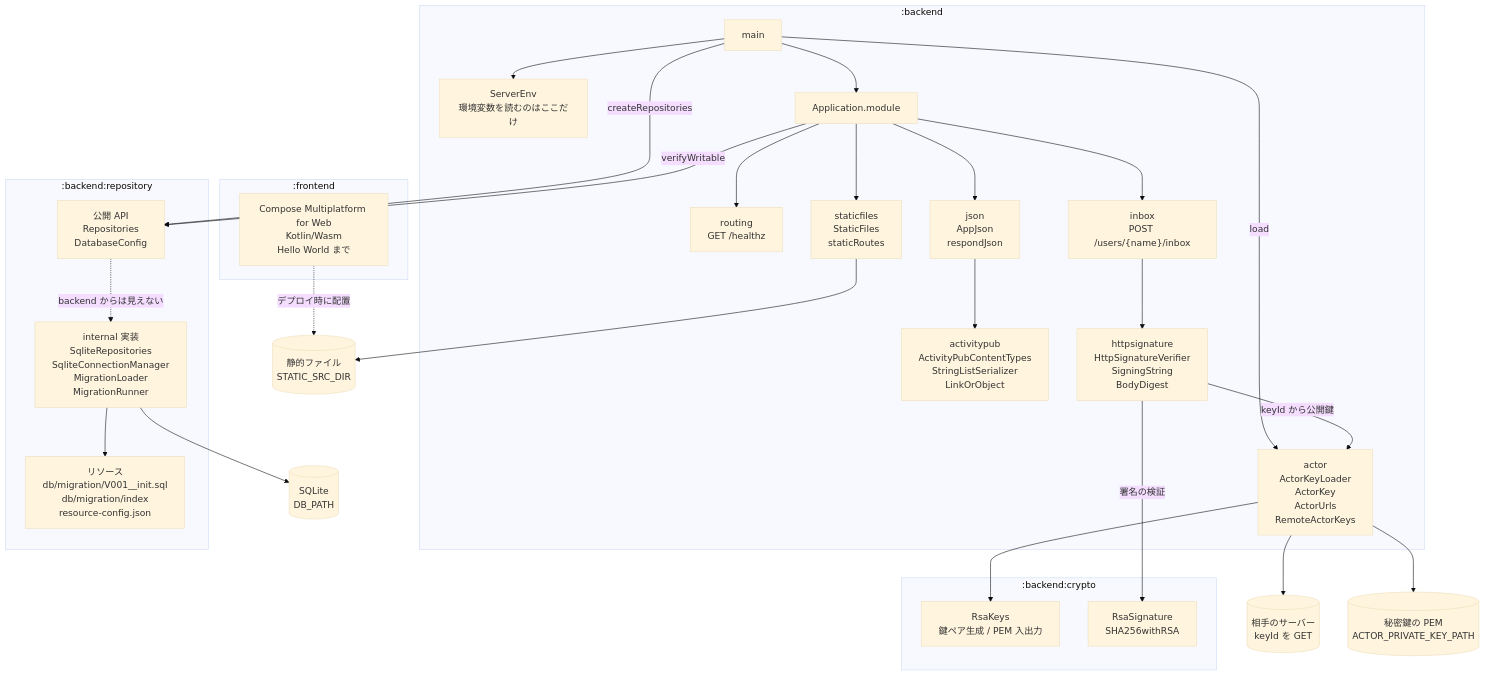
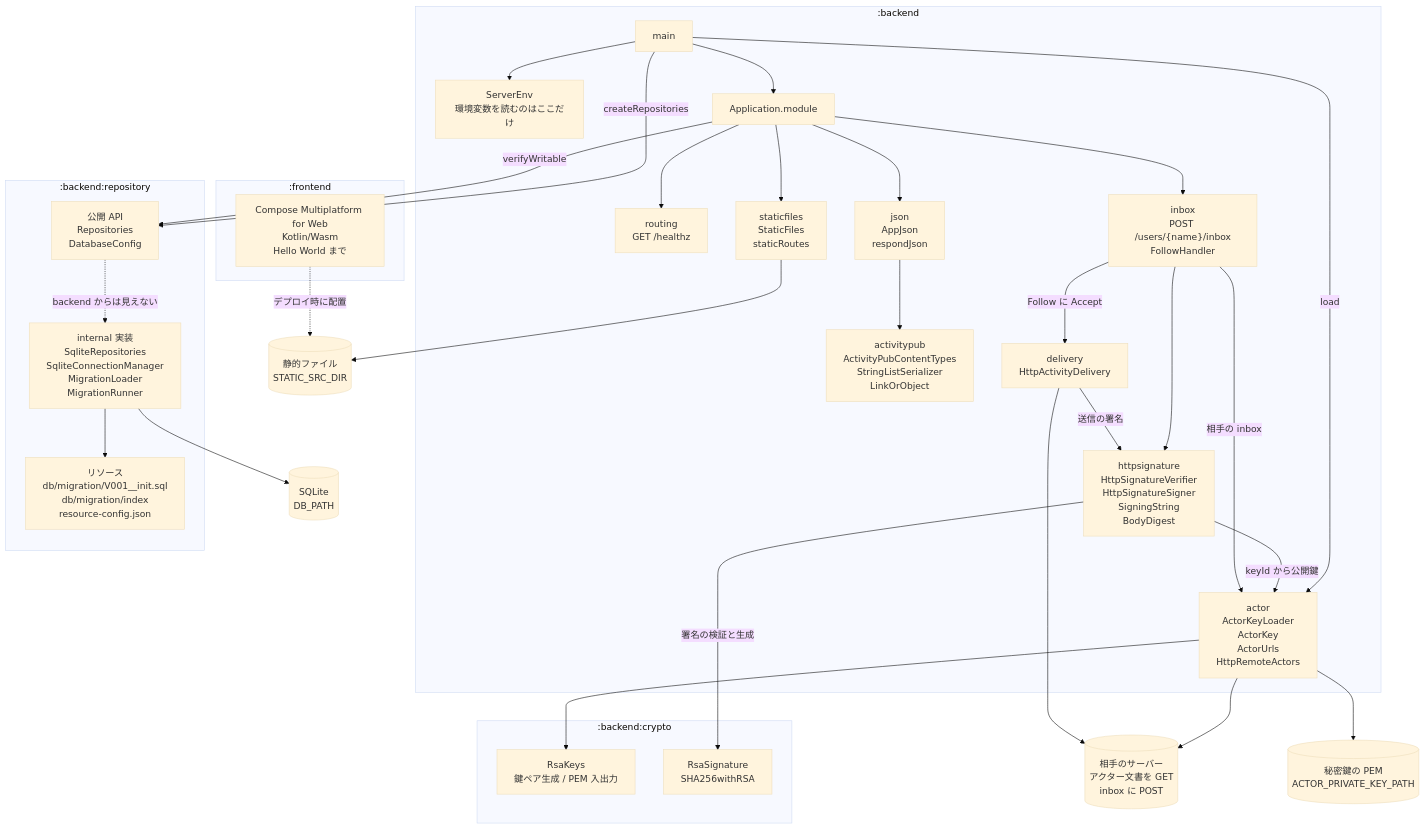
The diagram in README.md (matsudamper/mastodon-rss), drawn with Mermaid (base theme) before and after one commit. The commit also changed other lines of this file and 24 other files, not shown here.

First line of the commit message:
Follow に Accept を返してフォローを成立させる

````diff
--- a/README.md
+++ b/README.md
@@ -14,57 +14,62 @@
 ```mermaid
 flowchart TB
     subgraph backend[":backend"]
         main["main"]
         env["ServerEnv<br/>環境変数を読むのはここだけ"]
         module["Application.module"]
         route["routing<br/>GET /healthz"]
         json["json<br/>AppJson<br/>respondJson"]
         ap["activitypub<br/>ActivityPubContentTypes<br/>StringListSerializer<br/>LinkOrObject"]
-        actor["actor<br/>ActorKeyLoader<br/>ActorKey<br/>ActorUrls<br/>RemoteActorKeys"]
-        inbox["inbox<br/>POST /users/{name}/inbox"]
-        sig["httpsignature<br/>HttpSignatureVerifier<br/>SigningString<br/>BodyDigest"]
+        actor["actor<br/>ActorKeyLoader<br/>ActorKey<br/>ActorUrls<br/>HttpRemoteActors"]
+        inbox["inbox<br/>POST /users/{name}/inbox<br/>FollowHandler"]
+        sig["httpsignature<br/>HttpSignatureVerifier<br/>HttpSignatureSigner<br/>SigningString<br/>BodyDigest"]
+        delivery["delivery<br/>HttpActivityDelivery"]
         static["staticfiles<br/>StaticFiles<br/>staticRoutes"]
     end
 
     subgraph crypto[":backend:crypto"]
         keys["RsaKeys<br/>鍵ペア生成 / PEM 入出力"]
         sign["RsaSignature<br/>SHA256withRSA"]
     end
 
     subgraph repository[":backend:repository"]
         api["公開 API<br/>Repositories<br/>DatabaseConfig"]
         impl["internal 実装<br/>SqliteRepositories<br/>SqliteConnectionManager<br/>MigrationLoader<br/>MigrationRunner"]
         res["リソース<br/>db/migration/V001__init.sql<br/>db/migration/index<br/>resource-config.json"]
     end
 
     subgraph frontend[":frontend"]
         compose["Compose Multiplatform for Web<br/>Kotlin/Wasm<br/>Hello World まで"]
     end
 
     db[("SQLite<br/>DB_PATH")]
 
     main --> env
     main --> module
     module --> json
     module --> route
     json --> ap
     main -->|createRepositories| api
     main -->|load| actor
     module -->|verifyWritable| api
     api -.->|backend からは見えない| impl
     impl --> res
     impl --> db
     actor --> keys
     module --> inbox
     inbox --> sig
-    sig -->|署名の検証| sign
+    inbox -->|Follow に Accept| delivery
+    delivery -->|送信の署名| sig
+    sig -->|署名の検証と生成| sign
     sig -->|keyId から公開鍵| actor
-    remote[("相手のサーバー<br/>keyId を GET")]
+    inbox -->|相手の inbox| actor
+    remote[("相手のサーバー<br/>アクター文書を GET<br/>inbox に POST")]
     actor --> remote
+    delivery --> remote
     key[("秘密鍵の PEM<br/>ACTOR_PRIVATE_KEY_PATH")]
     actor --> key
     dist[("静的ファイル<br/>STATIC_SRC_DIR")]
     module --> static
     static --> dist
     compose -.->|デプロイ時に配置| dist
 ```
````
